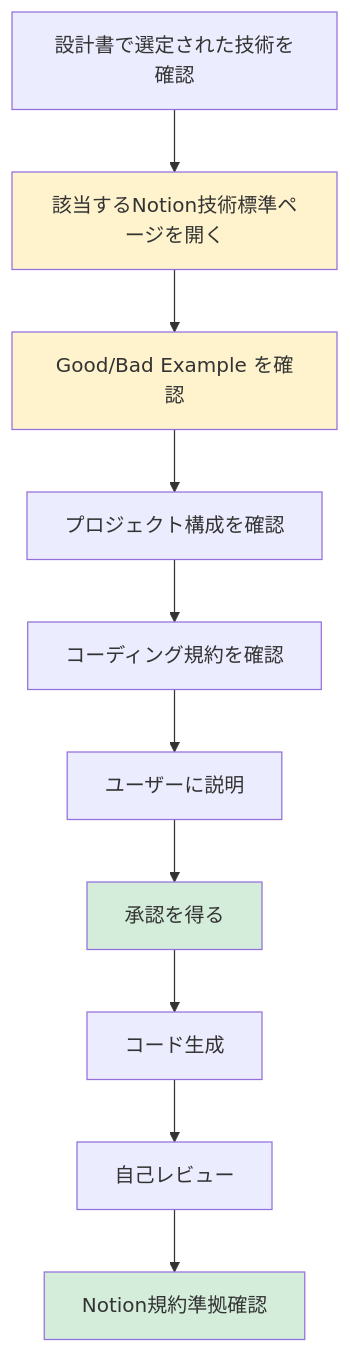
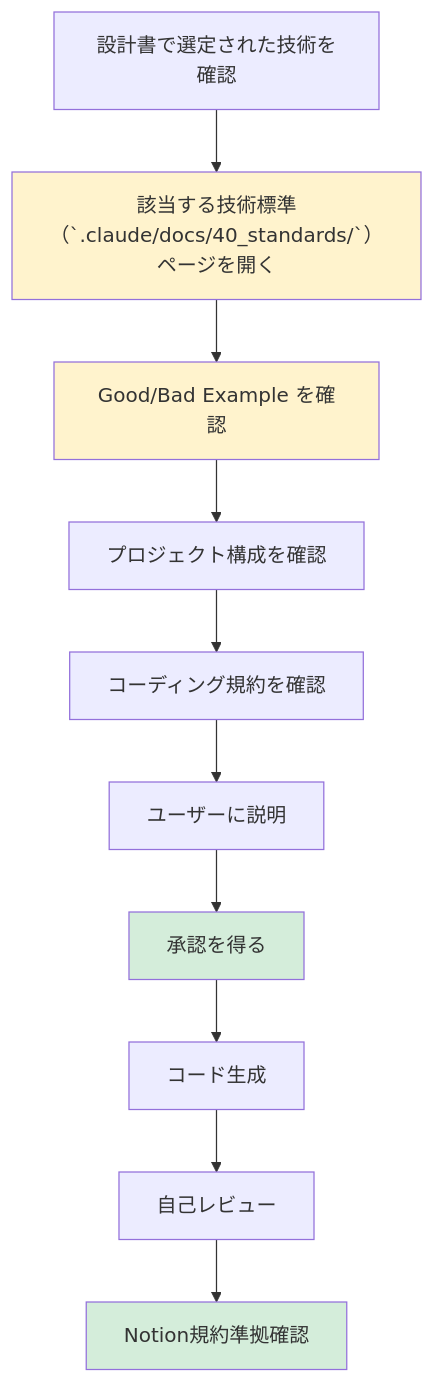
Before and after one commit to k-tanaka-522/aidev: the diagram in .claude/docs/10_facilitation/2.4_実装フェーズ/INDEX.md, drawn with Mermaid. The commit also changed other lines of this file and 39 other files, not shown here.

First line of the commit message:
Fix Phase 2.0: Replace Notion references with .claude/docs/40_standards/

````diff
--- a/.claude/docs/10_facilitation/2.4_実装フェーズ/INDEX.md
+++ b/.claude/docs/10_facilitation/2.4_実装フェーズ/INDEX.md
@@ -332,17 +332,17 @@
 ```mermaid
 flowchart TB
-    A[設計書で選定された技術を確認] --> B[該当するNotion技術標準ページを開く]
+    A[設計書で選定された技術を確認] --> B[該当する技術標準（`.claude/docs/40_standards/`）ページを開く]
     B --> C[Good/Bad Example を確認]
     C --> D[プロジェクト構成を確認]
     D --> E[コーディング規約を確認]
     E --> F[ユーザーに説明]
     F --> G[承認を得る]
     G --> H[コード生成]
     H --> I[自己レビュー]
     I --> J[Notion規約準拠確認]
 
     style B fill:#fff3cd
     style C fill:#fff3cd
     style G fill:#d4edda
     style J fill:#d4edda
 ```
````
